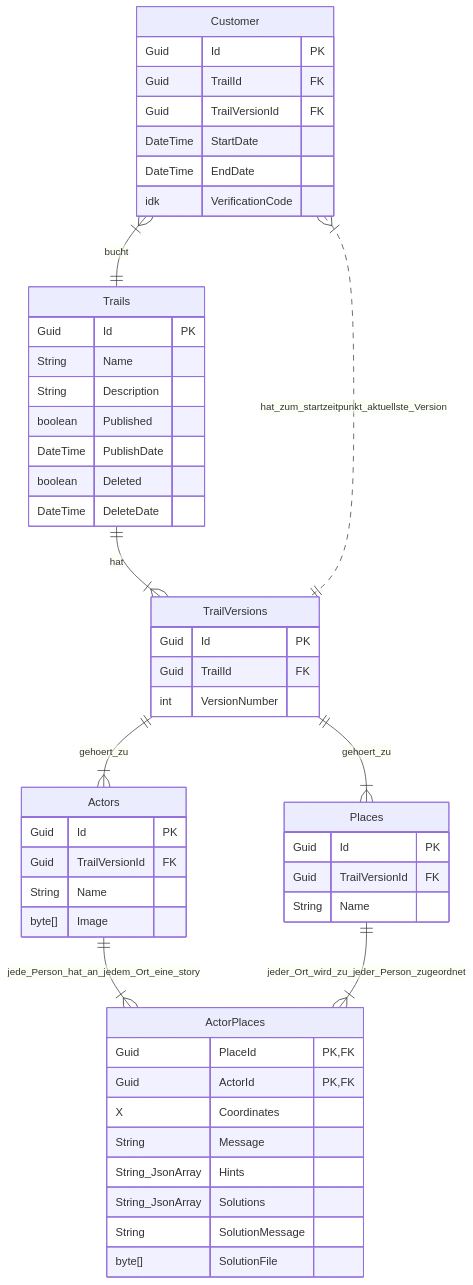
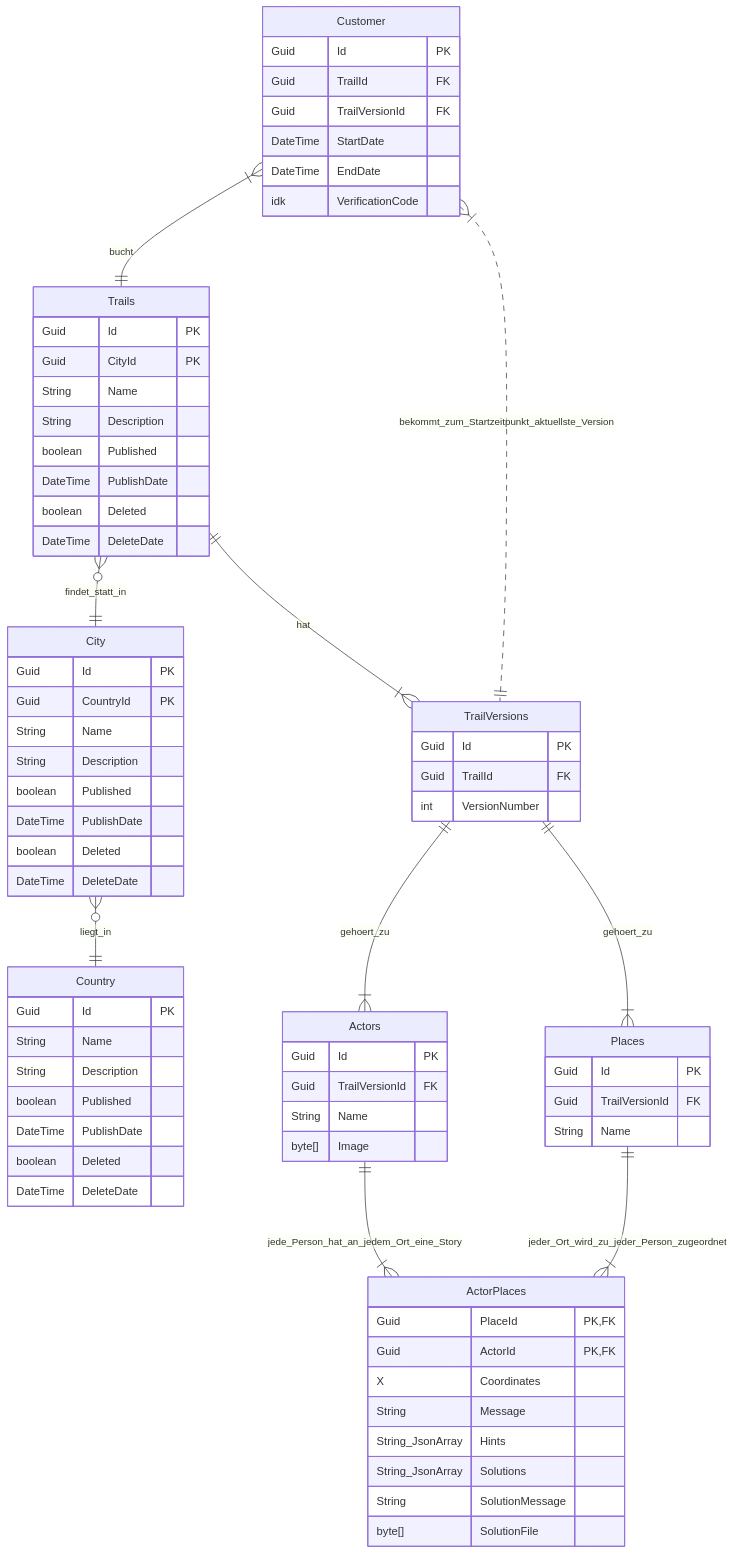
One commit to martinhauk/Krimitrail changed the diagram in docs/database.md. Above: the diagram before and after it, drawn with Mermaid. The commit also changed 1 other file, not shown here.

```diff
--- a/docs/database.md
+++ b/docs/database.md
@@ -13,12 +15,13 @@
 
   Customer }|--|| Trails : bucht
   Trails ||--|{ TrailVersions : hat
-  Customer }|..|| TrailVersions : hat_zum_startzeitpunkt_aktuellste_Version
+  Trails }o--|| City : findet_statt_in
+  City }o--|| Country : liegt_in
+  Customer }|..|| TrailVersions : bekommt_zum_Startzeitpunkt_aktuellste_Version
   TrailVersions ||--|{ Actors : gehoert_zu
   TrailVersions ||--|{ Places : gehoert_zu
-  Actors ||--|{ ActorPlaces : jede_Person_hat_an_jedem_Ort_eine_story
+  Actors ||--|{ ActorPlaces : jede_Person_hat_an_jedem_Ort_eine_Story
   Places ||--|{ ActorPlaces : jeder_Ort_wird_zu_jeder_Person_zugeordnet
-
 
   Customer {
     Guid Id PK
@@ -30,6 +33,28 @@
   }
 
   Trails {
+    Guid Id PK
+    Guid CityId PK
+    String Name
+    String Description
+    boolean Published
+    DateTime PublishDate
+    boolean Deleted
+    DateTime DeleteDate
+  }
+
+  City {
+    Guid Id PK
+    Guid CountryId PK
+    String Name
+    String Description
+    boolean Published
+    DateTime PublishDate
+    boolean Deleted
+    DateTime DeleteDate
+  }
+
+  Country {
     Guid Id PK
     String Name
     String Description
@@ -69,6 +94,4 @@
     byte[] SolutionFile
   }
 
-
-
 :::
```
